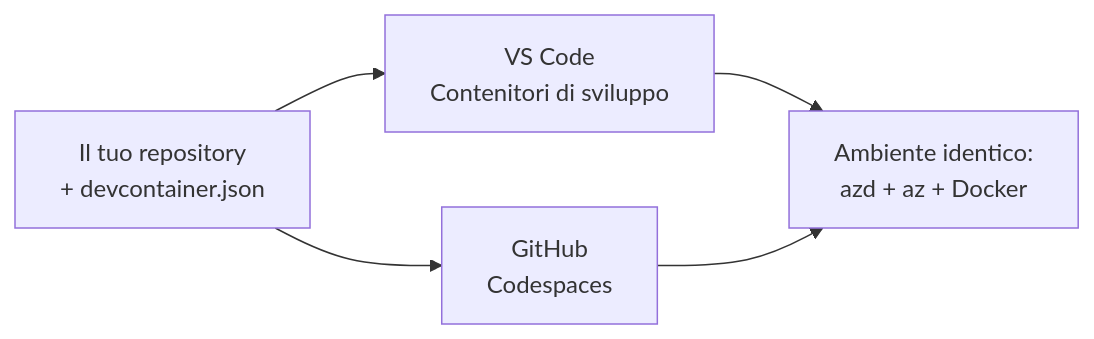
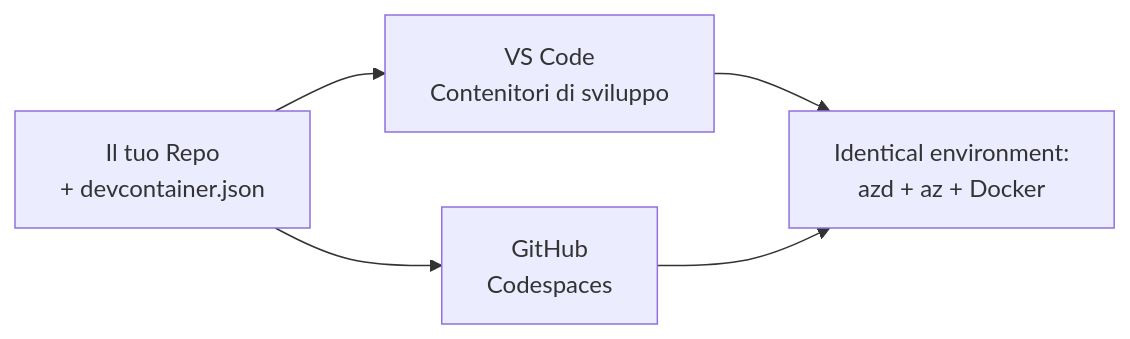
One commit to microsoft/AZD-for-beginners changed the diagram in translations/it/docs/chapter-01-foundation/dev-containers.md. Above: the diagram before and after it, drawn with Mermaid. The commit also changed other lines of this file and 61 other files, not shown here.

````diff
--- a/translations/it/docs/chapter-01-foundation/dev-containers.md
+++ b/translations/it/docs/chapter-01-foundation/dev-containers.md
@@ -41,7 +41,7 @@
 ```mermaid
 graph LR
-    Repo[Il tuo repository<br/>+ devcontainer.json] --> VSCode[VS Code<br/>Contenitori di sviluppo]
+    Repo[Il tuo Repo<br/>+ devcontainer.json] --> VSCode[VS Code<br/>Contenitori di sviluppo]
     Repo --> Codespaces[GitHub<br/>Codespaces]
-    VSCode --> Env[Ambiente identico:<br/>azd + az + Docker]
+    VSCode --> Env[Identical environment:<br/>azd + az + Docker]
     Codespaces --> Env
 ```
````
